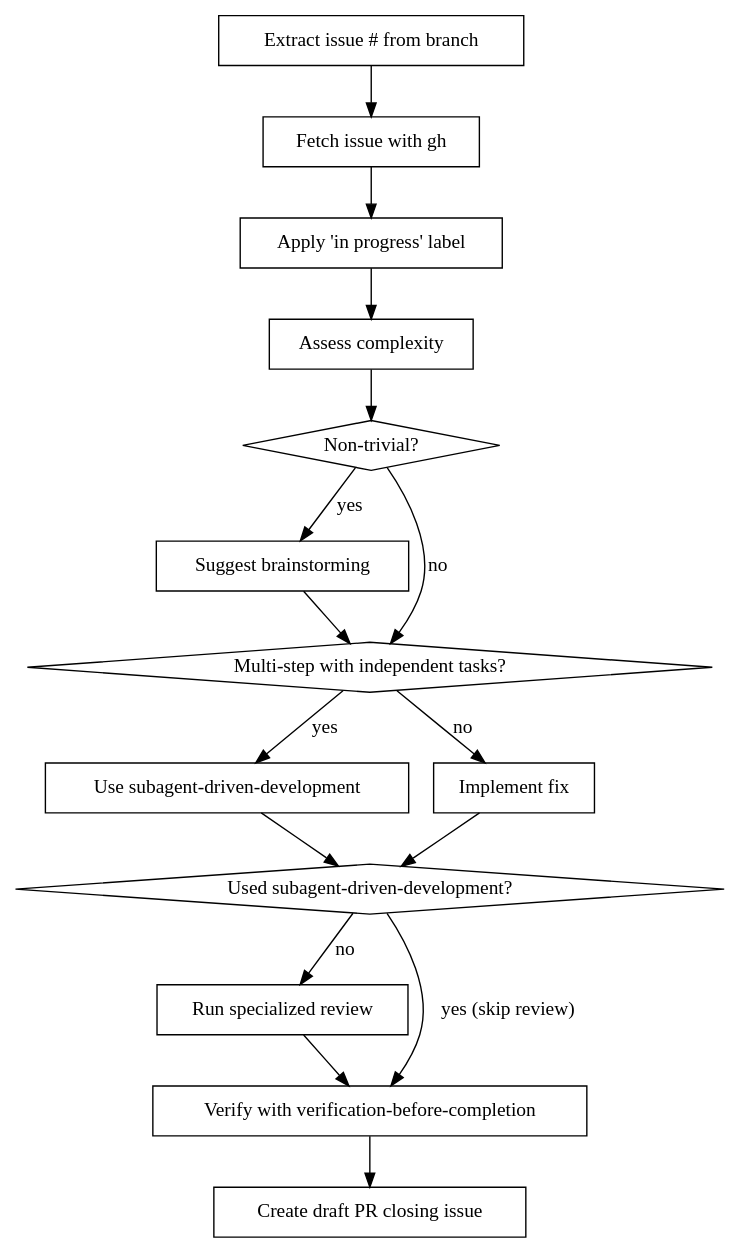
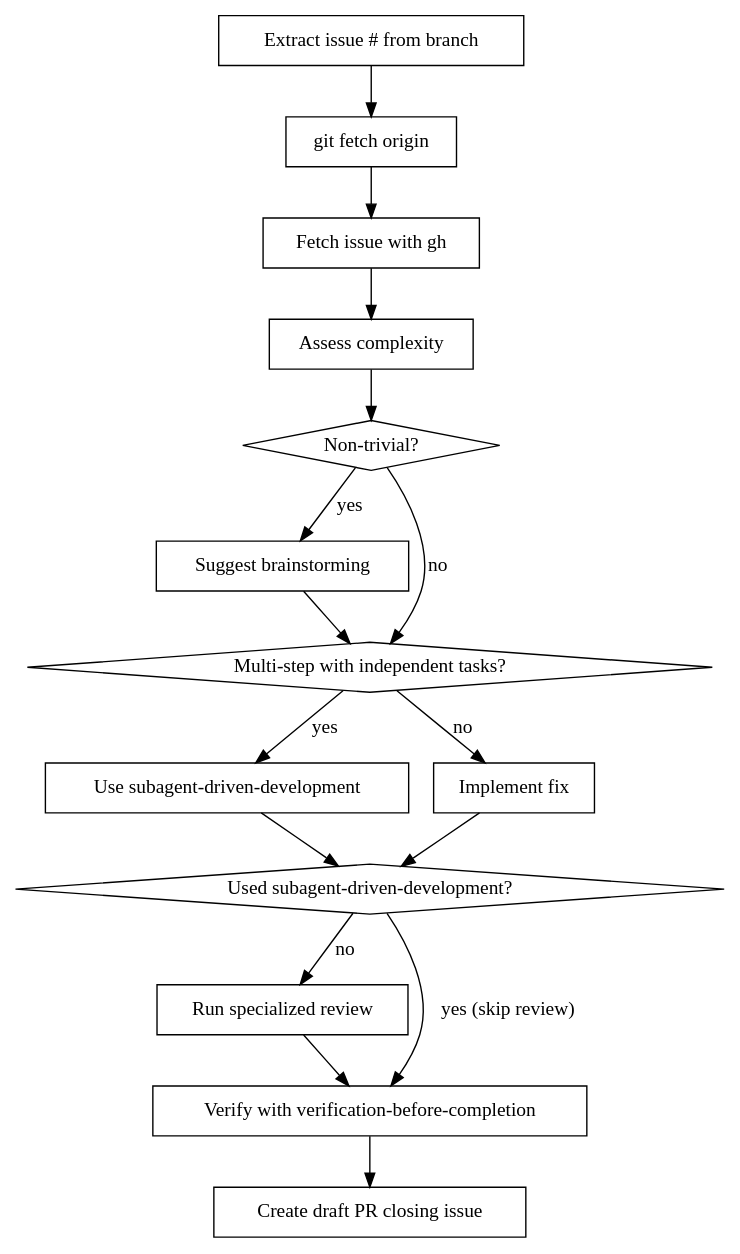
Before and after one commit to oalders/kitchen-sink: the diagram in commands/fix-gh-issue.md, drawn with Graphviz. The commit also changed other lines of this file, not shown here.

First line of the commit message:
Remove "in progress" label from fix-gh-issue

````diff
--- a/commands/fix-gh-issue.md
+++ b/commands/fix-gh-issue.md
@@ -27,33 +27,33 @@
 ```dot
 digraph fix_issue {
     "Extract issue # from branch" [shape=box];
+    "git fetch origin" [shape=box];
     "Fetch issue with gh" [shape=box];
-    "Apply 'in progress' label" [shape=box];
     "Assess complexity" [shape=box];
     "Non-trivial?" [shape=diamond];
     "Suggest brainstorming" [shape=box];
     "Multi-step with independent tasks?" [shape=diamond];
     "Use subagent-driven-development" [shape=box];
     "Implement fix" [shape=box];
     "Used subagent-driven-development?" [shape=diamond];
     "Run specialized review" [shape=box];
     "Verify with verification-before-completion" [shape=box];
     "Create draft PR closing issue" [shape=box];
 
-    "Extract issue # from branch" -> "Fetch issue with gh";
-    "Fetch issue with gh" -> "Apply 'in progress' label";
-    "Apply 'in progress' label" -> "Assess complexity";
+    "Extract issue # from branch" -> "git fetch origin";
+    "git fetch origin" -> "Fetch issue with gh";
+    "Fetch issue with gh" -> "Assess complexity";
     "Assess complexity" -> "Non-trivial?";
     "Non-trivial?" -> "Suggest brainstorming" [label="yes"];
     "Non-trivial?" -> "Multi-step with independent tasks?" [label="no"];
     "Suggest brainstorming" -> "Multi-step with independent tasks?";
     "Multi-step with independent tasks?" -> "Use subagent-driven-development" [label="yes"];
     "Multi-step with independent tasks?" -> "Implement fix" [label="no"];
     "Use subagent-driven-development" -> "Used subagent-driven-development?";
     "Implement fix" -> "Used subagent-driven-development?";
     "Used subagent-driven-development?" -> "Verify with verification-before-completion" [label="yes (skip review)"];
     "Used subagent-driven-development?" -> "Run specialized review" [label="no"];
     "Run specialized review" -> "Verify with verification-before-completion";
     "Verify with verification-before-completion" -> "Create draft PR closing issue";
 }
 ```
````
